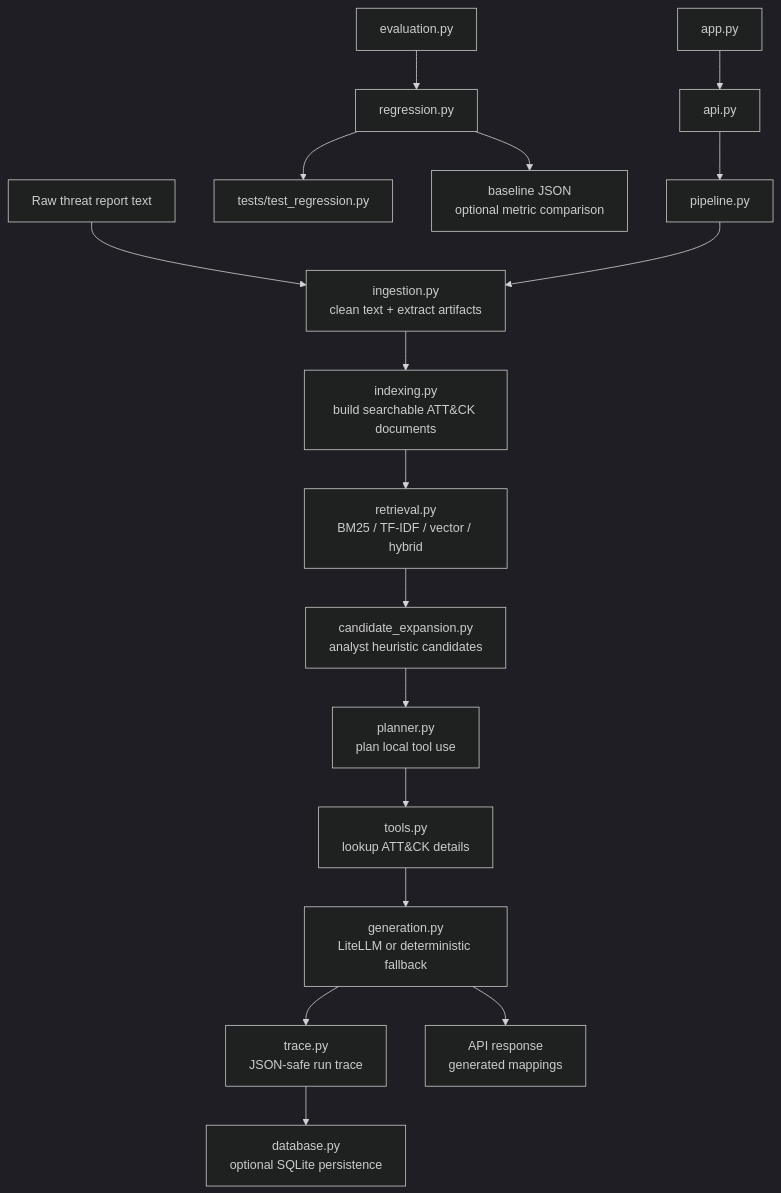
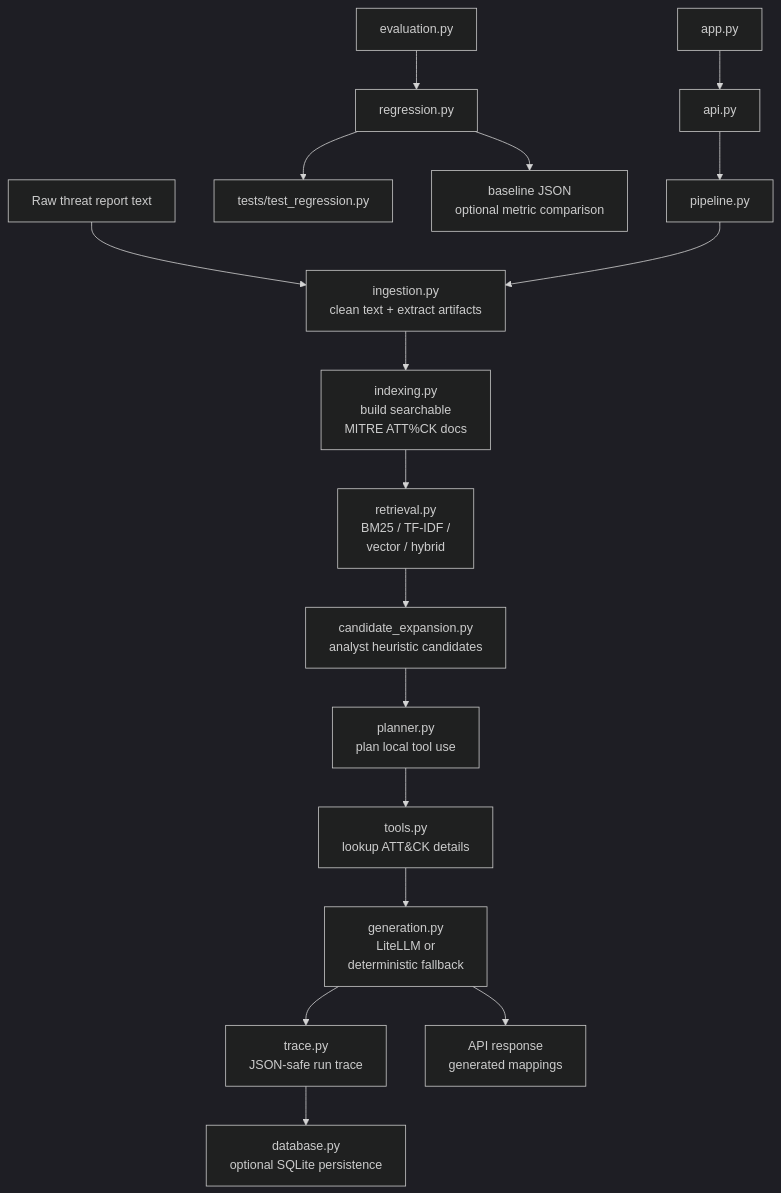
One commit to jgwak1/mitre_attack_rag_workflow changed the diagram in README.md. Above: the diagram before and after it, drawn with Mermaid (dark theme).

Commit message:
flowchart fix

````diff
--- a/README.md
+++ b/README.md
@@ -7,21 +7,21 @@
 ```mermaid
 flowchart TD
     A[Raw threat report text] --> B[ingestion.py<br/>clean text + extract artifacts]
-    B --> C[indexing.py<br/>build searchable ATT&CK documents]
-    C --> D[retrieval.py<br/>BM25 / TF-IDF / vector / hybrid]
+    B --> C[indexing.py<br/>build searchable<br/>MITRE ATT%CK docs]
+    C --> D[retrieval.py<br/>BM25 / TF-IDF /<br/> vector / hybrid]
     D --> E[candidate_expansion.py<br/>analyst heuristic candidates]
     E --> F[planner.py<br/>plan local tool use]
     F --> G[tools.py<br/>lookup ATT&CK details]
-    G --> H[generation.py<br/>LiteLLM or deterministic fallback]
+    G --> H[generation.py<br/>LiteLLM or <br/>deterministic fallback]
     H --> I[trace.py<br/>JSON-safe run trace]
     I --> J[database.py<br/>optional SQLite persistence]
     H --> K[API response<br/>generated mappings]
 
     L[evaluation.py] --> M[regression.py]
     M --> N[tests/test_regression.py]
     M --> O[baseline JSON<br/>optional metric comparison]
 
     P[api.py] --> Q[pipeline.py]
     Q --> B
     R[app.py] --> P
 ```
````
